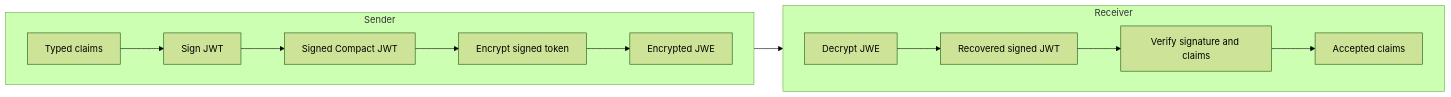
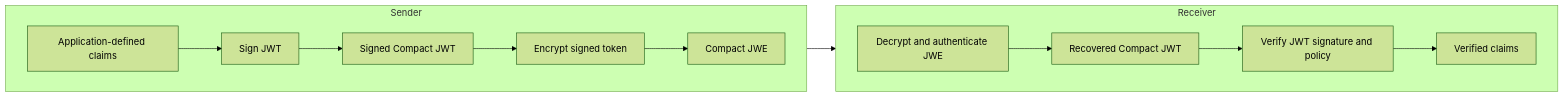
Before and after one commit to mkbeh/xjose: diagram 11 of 20 in DESIGN.md, drawn with Mermaid (forest theme). The commit also changed other lines of this file, not shown here.

Commit message:
docs: refine architectural design

````diff
--- a/DESIGN.md
+++ b/DESIGN.md
@@ -461,27 +511,27 @@
 ```mermaid
 flowchart LR
     subgraph Sender
         direction LR
-        Claims[Typed claims]
+        Claims[Application-defined claims]
         Sign[Sign JWT]
         Signed[Signed Compact JWT]
         Encrypt[Encrypt signed token]
-        Protected[Encrypted JWE]
+        Protected[Compact JWE]
         Claims --> Sign
         Sign --> Signed
         Signed --> Encrypt
         Encrypt --> Protected
     end
 
     subgraph Receiver
         direction LR
-        Decrypt[Decrypt JWE]
-        Recovered[Recovered signed JWT]
-        Verify[Verify signature and claims]
-        Result[Accepted claims]
+        Decrypt[Decrypt and authenticate JWE]
+        Recovered[Recovered Compact JWT]
+        Verify[Verify JWT signature and policy]
+        Result[Verified claims]
         Protected --> Decrypt
         Decrypt --> Recovered
         Recovered --> Verify
         Verify --> Result
     end
 ```
````
